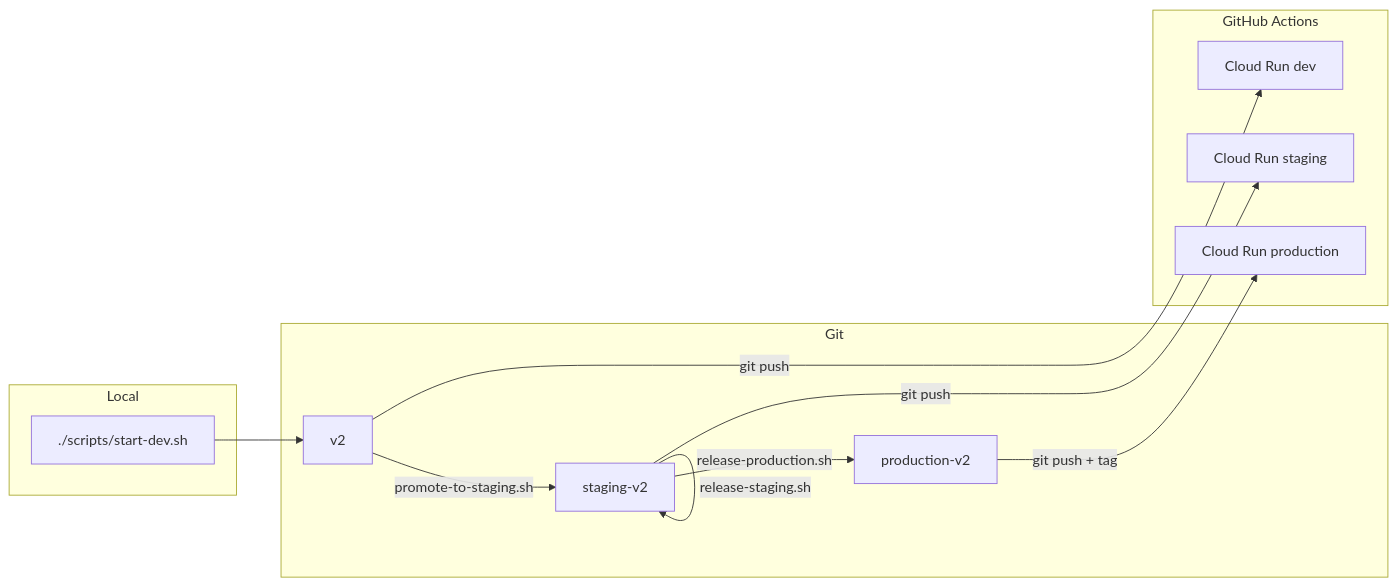
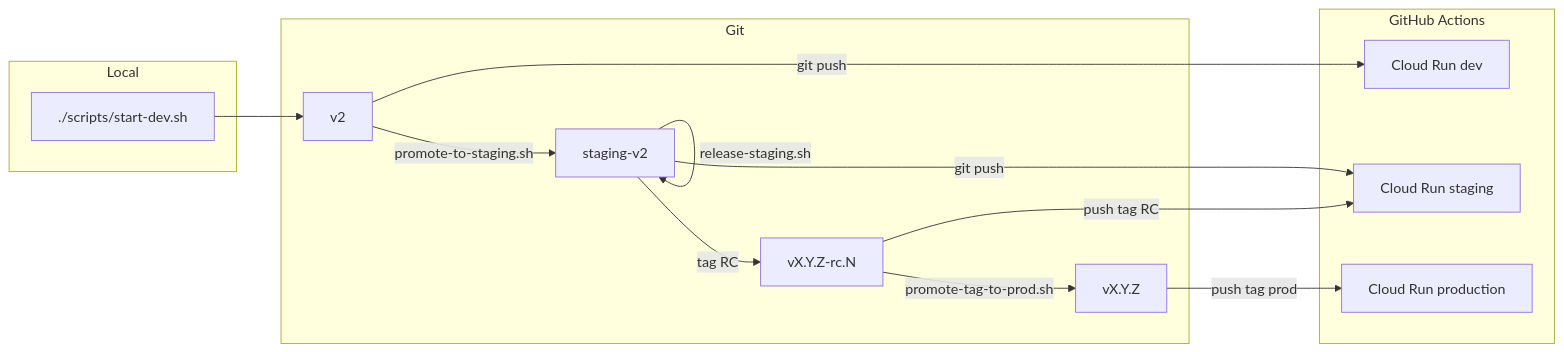
The diagram in docs/v2/technical/DEPLOYMENT_WORKFLOW.md (plamarque/hatcast), drawn with Mermaid before and after one commit. The commit also changed other lines of this file and 16 other files, not shown here.

````diff
--- a/docs/v2/technical/DEPLOYMENT_WORKFLOW.md
+++ b/docs/v2/technical/DEPLOYMENT_WORKFLOW.md
@@ -7,23 +7,26 @@
 ```mermaid
 flowchart LR
   subgraph local [Local]
     DevLocal["./scripts/start-dev.sh"]
   end
   subgraph git [Git]
     V2[v2]
     STG[staging-v2]
-    PROD[production-v2]
+    RC[vX.Y.Z-rc.N]
+    REL[vX.Y.Z]
   end
   subgraph ci [GitHub Actions]
     CRdev[Cloud Run dev]
     CRstg[Cloud Run staging]
     CRprod[Cloud Run production]
   end
   DevLocal --> V2
   V2 -->|git push| CRdev
   V2 -->|promote-to-staging.sh| STG
   STG -->|git push| CRstg
   STG -->|release-staging.sh| STG
-  STG -->|release-production.sh| PROD
-  PROD -->|git push + tag| CRprod
+  STG -->|tag RC| RC
+  RC -->|promote-tag-to-prod.sh| REL
+  RC -->|push tag RC| CRstg
+  REL -->|push tag prod| CRprod
 ```
````
